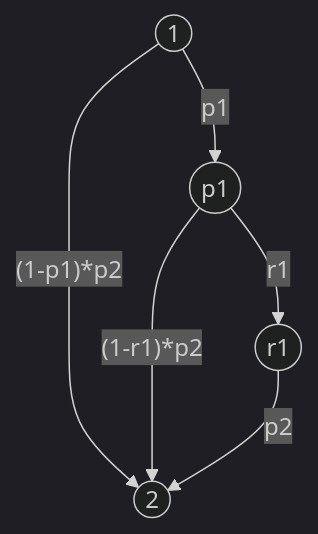
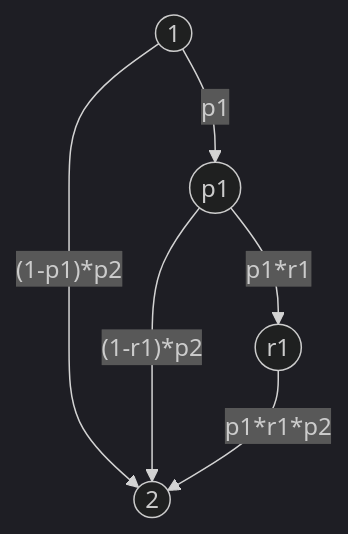
One commit to bfeitknecht/vault changed the diagram in vault/sem2/AuW/UE/cx/bf/cx07-bf.md. Above: the diagram before and after it, drawn with Mermaid (dark theme).

Commit message:
vault backup: 2024-05-03 16:49:58 from MacBook Pro (echo)
Affected files:
vault/sem2/AuW/UE/cx/bf/cx07-bf.md

````diff
--- a/vault/sem2/AuW/UE/cx/bf/cx07-bf.md
+++ b/vault/sem2/AuW/UE/cx/bf/cx07-bf.md
@@ -11,12 +11,12 @@
 ```mermaid
 flowchart TD
 
 id1((1))-->|"(1-p1)*p2"|id2((2))
-id1-->|p1|id3((p1))
-id3-->|r1|id4((r1))
+id1-->|"p1"|id3((p1))
+id3-->|"p1*r1"|id4((r1))
 id3-->|"(1-r1)*p2"|id2
-id4-->|p2|id2
+id4-->|"p1*r1*p2"|id2
 
 
 
 ```
````
